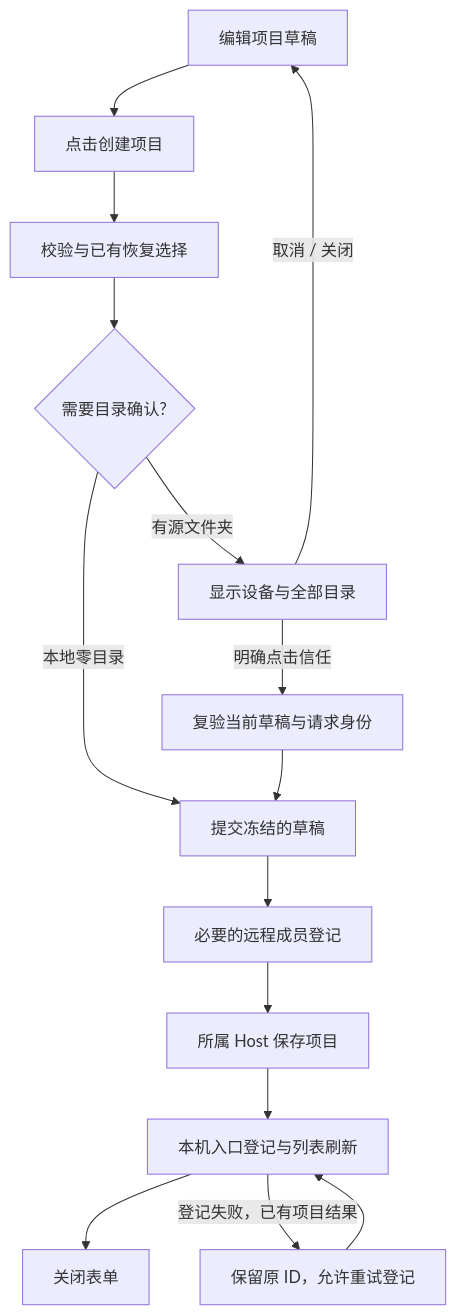
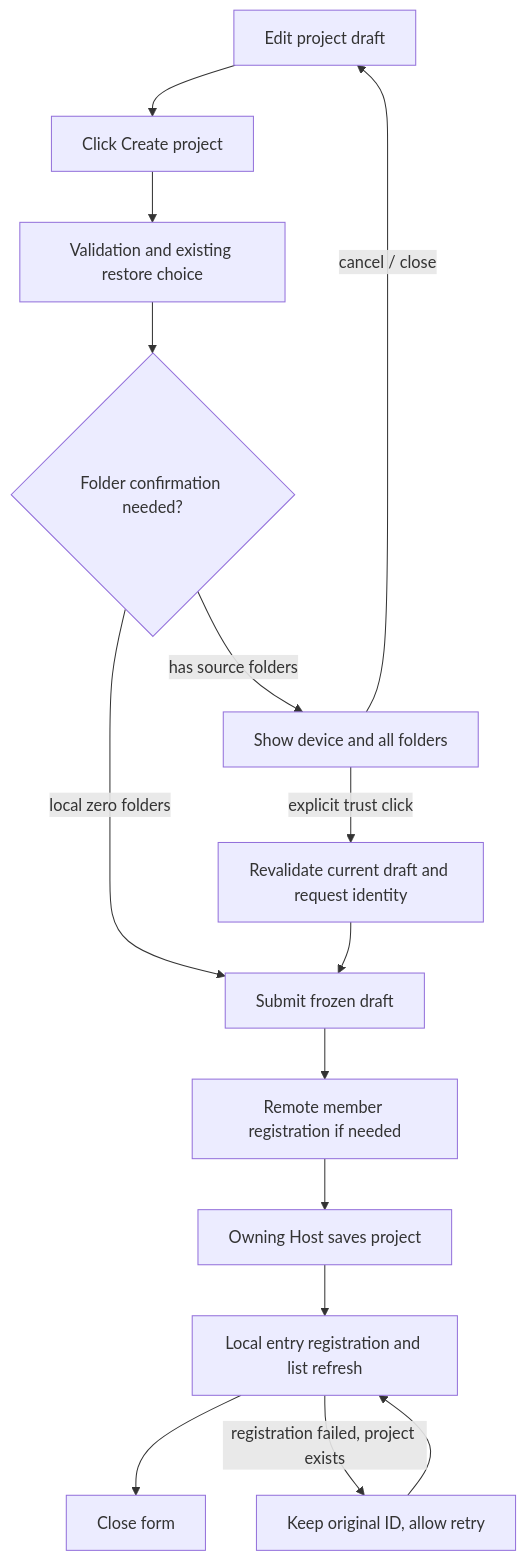
One commit to osben/ZCode changed the diagram in docs/specs/project-creation-folder-confirmation.md. Above: the diagram before and after it, drawn with Mermaid. The commit also changed other lines of this file and 17 other files, not shown here.

````diff
--- a/docs/specs/project-creation-folder-confirmation.md
+++ b/docs/specs/project-creation-folder-confirmation.md
@@ -39,17 +38,17 @@
 ```mermaid
 flowchart TD
-    A[编辑项目草稿] --> B[点击创建项目]
-    B --> C[校验与已有恢复选择]
-    C --> D{需要目录确认?}
-    D -->|有源文件夹| E[显示设备与全部目录]
-    D -->|本地零目录| G[提交冻结的草稿]
-    E -->|取消 / 关闭| A
-    E -->|明确点击信任| F[复验当前草稿与请求身份]
+    A[Edit project draft] --> B[Click Create project]
+    B --> C[Validation and existing restore choice]
+    C --> D{Folder confirmation needed?}
+    D -->|has source folders| E[Show device and all folders]
+    D -->|local zero folders| G[Submit frozen draft]
+    E -->|cancel / close| A
+    E -->|explicit trust click| F[Revalidate current draft and request identity]
     F --> G
-    G --> H[必要的远程成员登记]
-    H --> I[所属 Host 保存项目]
-    I --> J[本机入口登记与列表刷新]
-    J --> K[关闭表单]
-    J -->|登记失败，已有项目结果| L[保留原 ID，允许重试登记]
+    G --> H[Remote member registration if needed]
+    H --> I[Owning Host saves project]
+    I --> J[Local entry registration and list refresh]
+    J --> K[Close form]
+    J -->|registration failed, project exists| L[Keep original ID, allow retry]
     L --> J
 ```
````
